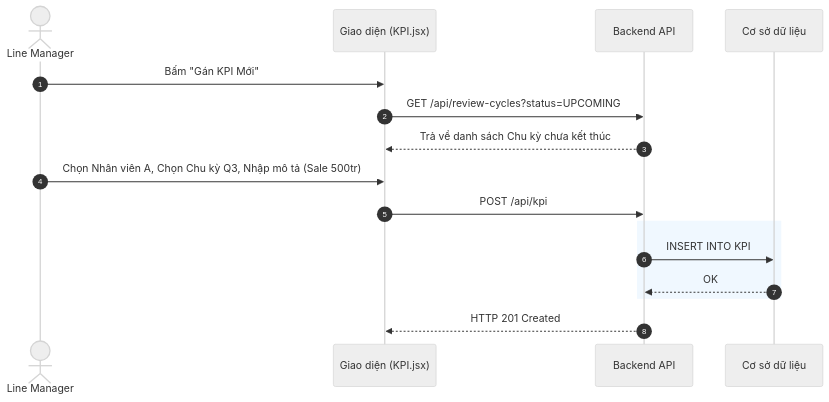
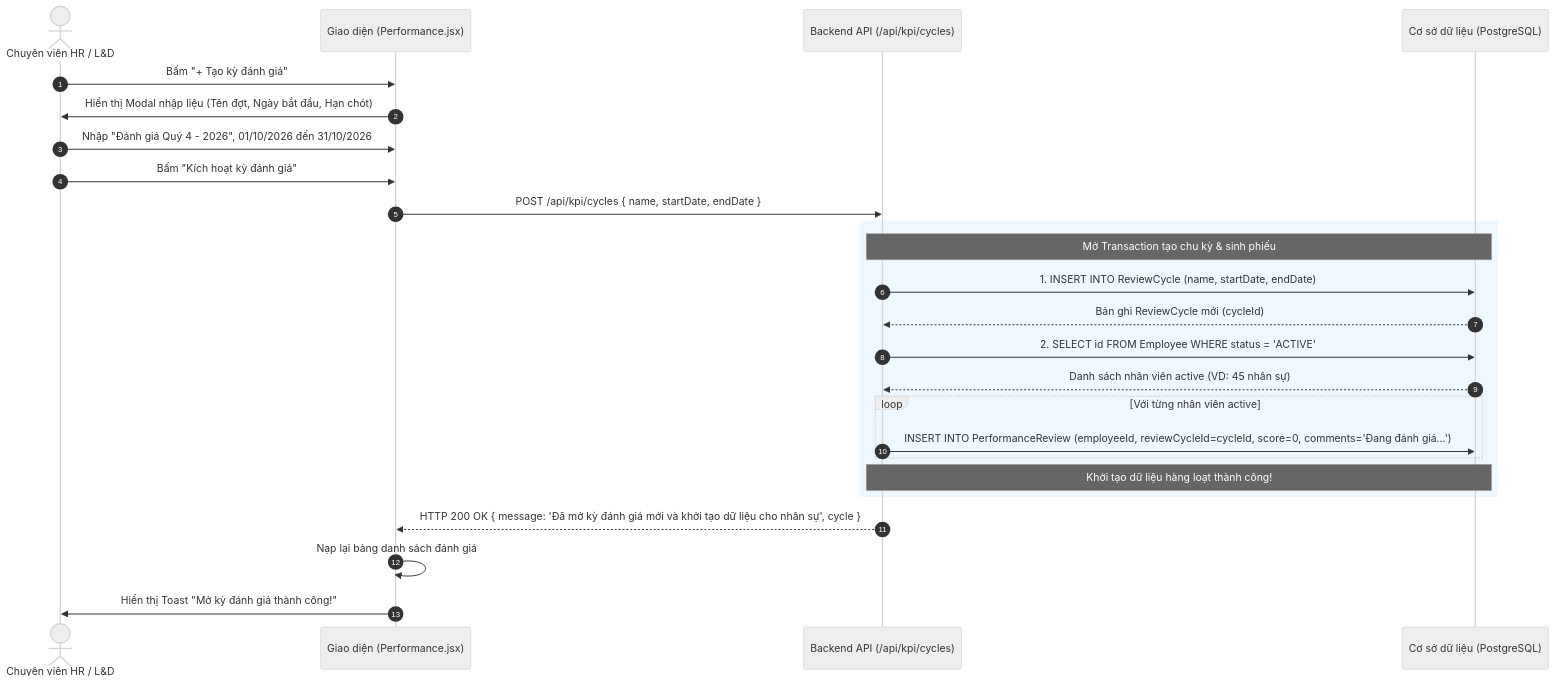
One commit to aye2710/HRM-DATN changed the sixth of 6 diagrams in docs/Tài liệu phân tích nghiệp vụ từng module/Module Đánh giá KPI/Chuc-nang-Chu-ky-Danh-gia.md. Above: the diagram before and after it, drawn with Mermaid (neutral theme). The commit also changed other lines of this file and 27 other files, not shown here.

````diff
--- a/docs/Tài liệu phân tích nghiệp vụ từng module/Module Đánh giá KPI/Chuc-nang-Chu-ky-Danh-gia.md
+++ b/docs/Tài liệu phân tích nghiệp vụ từng module/Module Đánh giá KPI/Chuc-nang-Chu-ky-Danh-gia.md
@@ -12,22 +225,33 @@
 ```mermaid
 sequenceDiagram
     autonumber
-    actor MNG as Line Manager
-    participant FE as Giao diện (KPI.jsx)
-    participant BE as Backend API
-    participant DB as Cơ sở dữ liệu
+    actor HR as Chuyên viên HR / L&D
+    participant FE as Giao diện (Performance.jsx)
+    participant BE as Backend API (/api/kpi/cycles)
+    participant DB as Cơ sở dữ liệu (PostgreSQL)
 
-    MNG->>FE: Bấm "Gán KPI Mới"
-    FE->>BE: GET /api/review-cycles?status=UPCOMING
-    BE-->>FE: Trả về danh sách Chu kỳ chưa kết thúc
+    HR->>FE: Bấm "+ Tạo kỳ đánh giá"
+    FE->>HR: Hiển thị Modal nhập liệu (Tên đợt, Ngày bắt đầu, Hạn chót)
+    HR->>FE: Nhập "Đánh giá Quý 4 - 2026", 01/10/2026 đến 31/10/2026
+    HR->>FE: Bấm "Kích hoạt kỳ đánh giá"
     
-    MNG->>FE: Chọn Nhân viên A, Chọn Chu kỳ Q3, Nhập mô tả (Sale 500tr)
-    FE->>BE: POST /api/kpi
+    FE->>BE: POST /api/kpi/cycles { name, startDate, endDate }
     
     rect rgb(240, 248, 255)
-        BE->>DB: INSERT INTO KPI
-        DB-->>BE: OK
+        Note over BE, DB: Mở Transaction tạo chu kỳ & sinh phiếu
+        BE->>DB: 1. INSERT INTO ReviewCycle (name, startDate, endDate)
+        DB-->>BE: Bản ghi ReviewCycle mới (cycleId)
+        
+        BE->>DB: 2. SELECT id FROM Employee WHERE status = 'ACTIVE'
+        DB-->>BE: Danh sách nhân viên active (VD: 45 nhân sự)
+        
+        loop Với từng nhân viên active
+            BE->>DB: INSERT INTO PerformanceReview (employeeId, reviewCycleId=cycleId, score=0, comments='Đang đánh giá...')
+        end
+        Note over BE, DB: Khởi tạo dữ liệu hàng loạt thành công!
     end
     
-    BE-->>FE: HTTP 201 Created
+    BE-->>FE: HTTP 200 OK { message: 'Đã mở kỳ đánh giá mới và khởi tạo dữ liệu cho nhân sự', cycle }
+    FE->>FE: Nạp lại bảng danh sách đánh giá
+    FE->>HR: Hiển thị Toast "Mở kỳ đánh giá thành công!"
 ```
````
